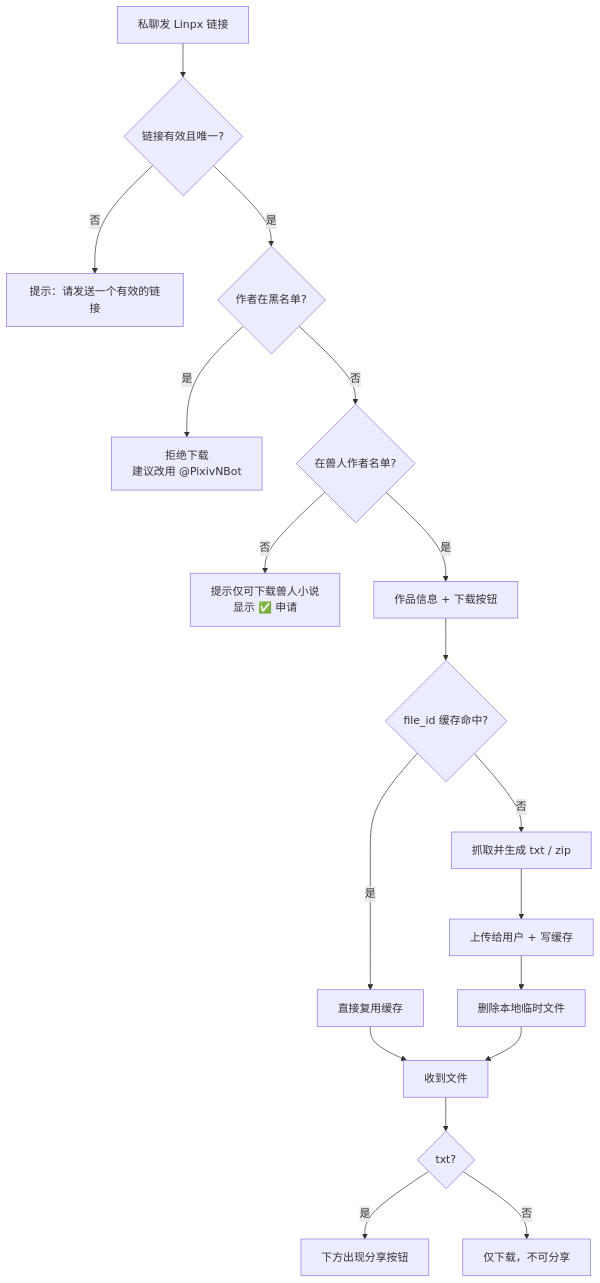
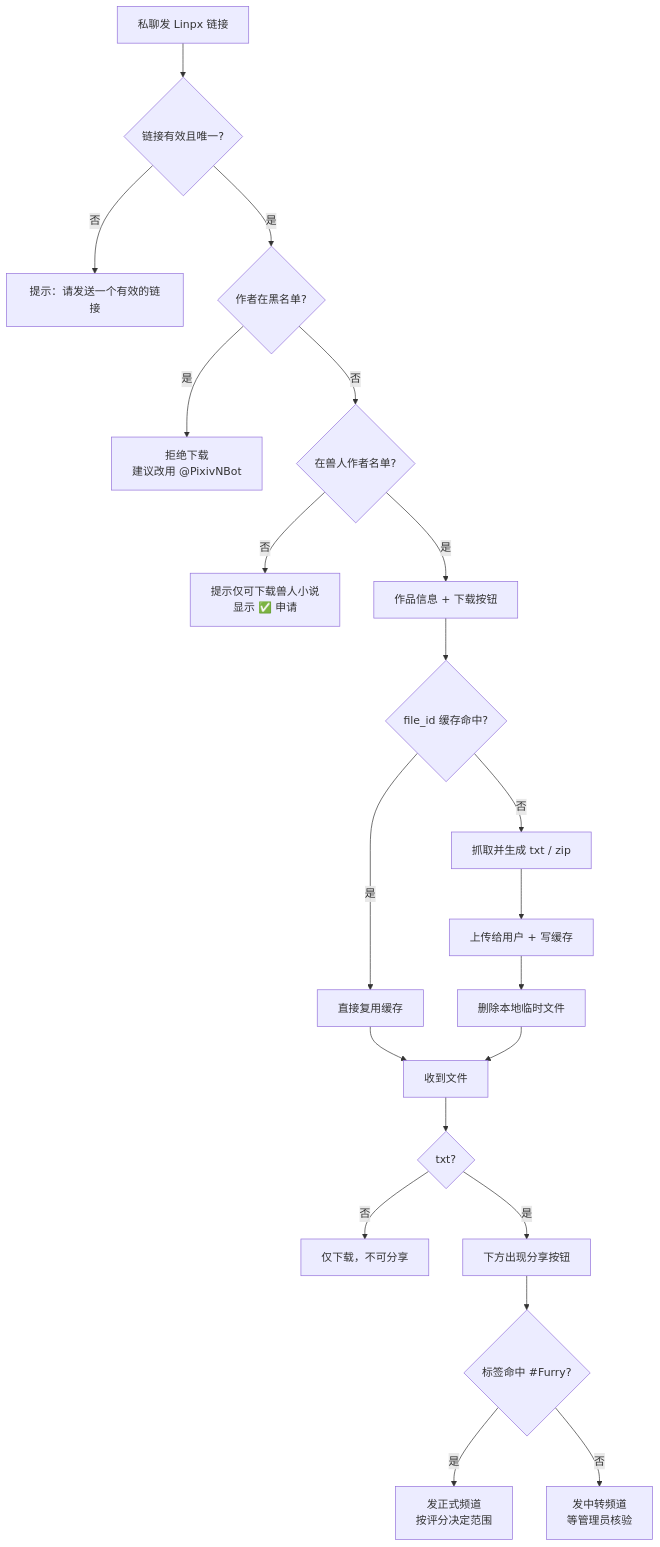
The diagram in docs/02-用户使用流程.md (DowneyRem/FurryReadingBot), drawn with Mermaid before and after one commit. The commit also changed other lines of this file and 7 other files, not shown here.

````diff
--- a/docs/02-用户使用流程.md
+++ b/docs/02-用户使用流程.md
@@ -36,20 +36,23 @@
 ```mermaid
 flowchart TD
     A[私聊发 Linpx 链接] --> B{链接有效且唯一?}
     B -- 否 --> B1[提示：请发送一个有效的链接]
     B -- 是 --> C{作者在黑名单?}
     C -- 是 --> C1[拒绝下载<br/>建议改用 @PixivNBot]
     C -- 否 --> D{在兽人作者名单?}
     D -- 否 --> D1[提示仅可下载兽人小说<br/>显示 ✅ 申请]
     D -- 是 --> E[作品信息 + 下载按钮]
     E --> F{file_id 缓存命中?}
     F -- 是 --> G[直接复用缓存]
     F -- 否 --> H[抓取并生成 txt / zip]
     H --> I[上传给用户 + 写缓存]
     I --> J[删除本地临时文件]
     G --> K[收到文件]
     J --> K
     K --> L{txt?}
+    L -- 否 --> N[仅下载，不可分享]
     L -- 是 --> M[下方出现分享按钮]
-    L -- 否 --> N[仅下载，不可分享]
+    M --> Q{标签命中 #Furry?}
+    Q -- 是 --> R[发正式频道<br/>按评分决定范围]
+    Q -- 否 --> S[发中转频道<br/>等管理员核验]
 ```
````
